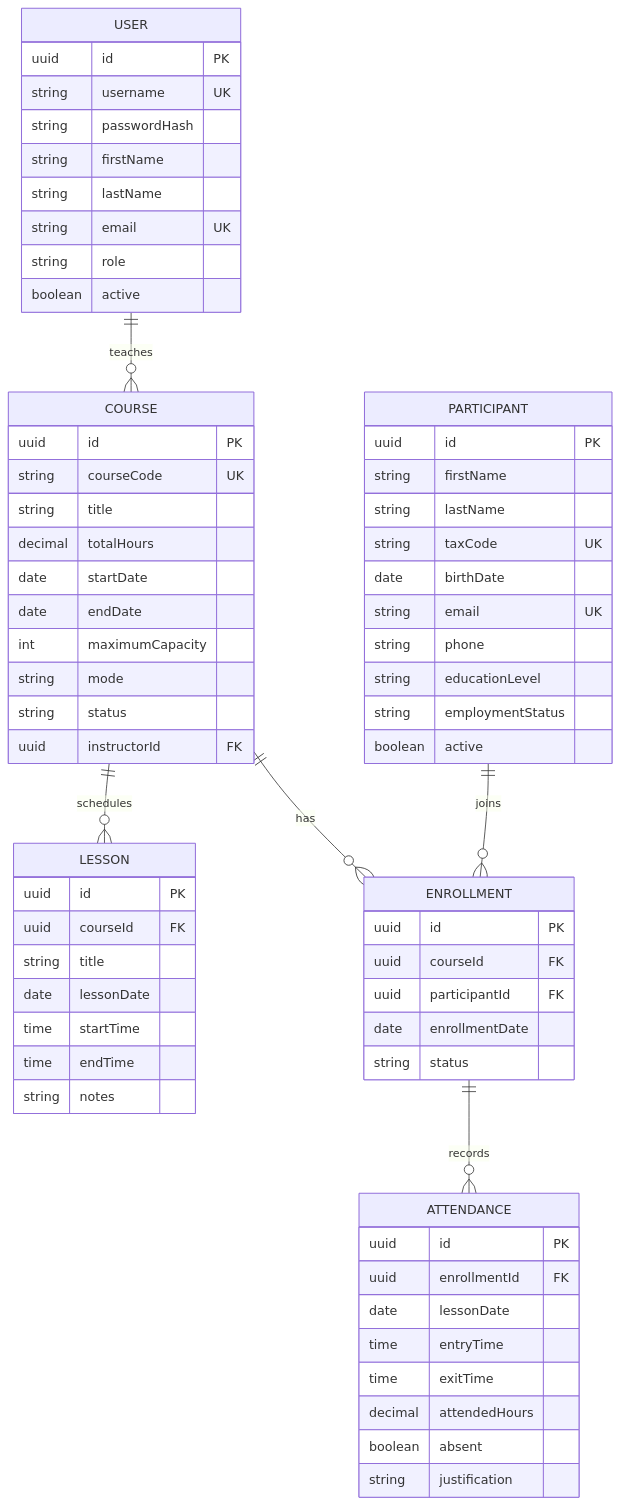
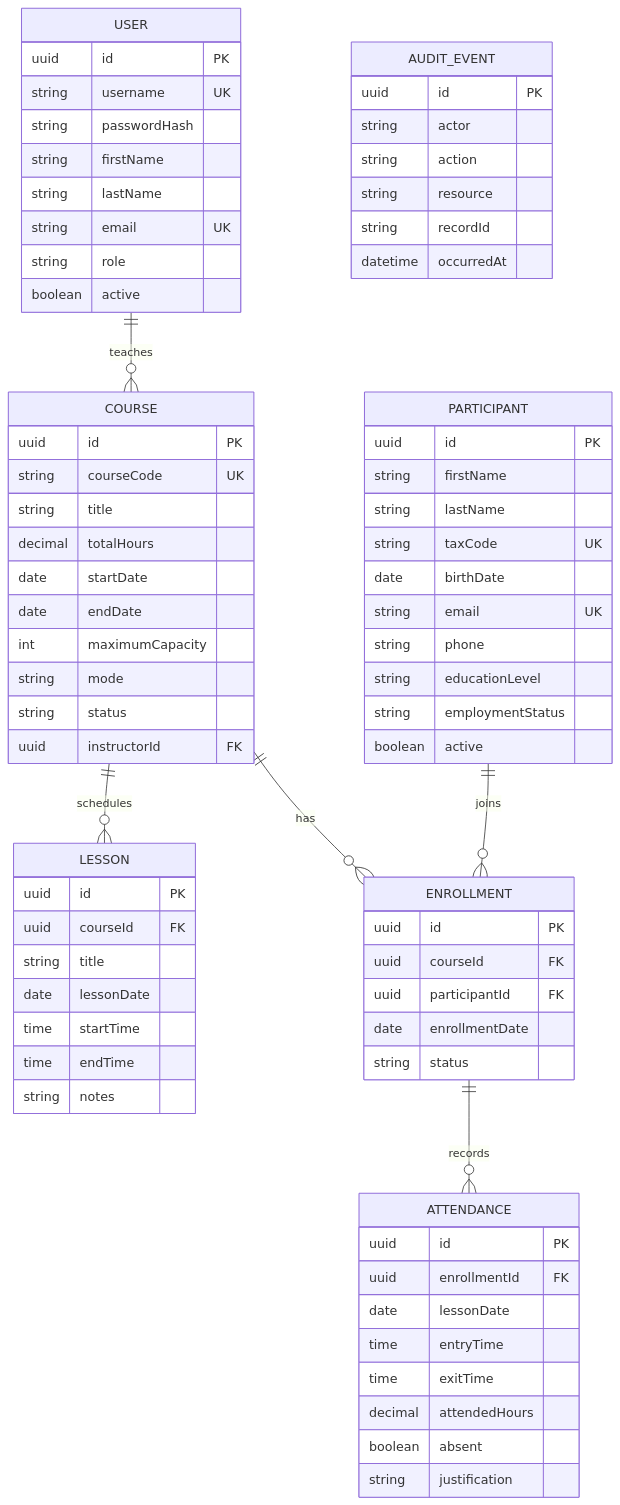
Before and after one commit to Mor33mila/traininghub: the diagram in docs/data-model.md, drawn with Mermaid. The commit also changed other lines of this file and 17 other files, not shown here.

````diff
--- a/docs/data-model.md
+++ b/docs/data-model.md
@@ -5,68 +5,76 @@
 ```mermaid
 erDiagram
     USER ||--o{ COURSE : teaches
     COURSE ||--o{ LESSON : schedules
     COURSE ||--o{ ENROLLMENT : has
     PARTICIPANT ||--o{ ENROLLMENT : joins
     ENROLLMENT ||--o{ ATTENDANCE : records
     USER {
         uuid id PK
         string username UK
         string passwordHash
         string firstName
         string lastName
         string email UK
         string role
         boolean active
     }
     COURSE {
         uuid id PK
         string courseCode UK
         string title
         decimal totalHours
         date startDate
         date endDate
         int maximumCapacity
         string mode
         string status
         uuid instructorId FK
     }
     LESSON {
         uuid id PK
         uuid courseId FK
         string title
         date lessonDate
         time startTime
         time endTime
         string notes
     }
     PARTICIPANT {
         uuid id PK
         string firstName
         string lastName
         string taxCode UK
         date birthDate
         string email UK
         string phone
         string educationLevel
         string employmentStatus
         boolean active
     }
     ENROLLMENT {
         uuid id PK
         uuid courseId FK
         uuid participantId FK
         date enrollmentDate
         string status
     }
     ATTENDANCE {
         uuid id PK
         uuid enrollmentId FK
         date lessonDate
         time entryTime
         time exitTime
         decimal attendedHours
         boolean absent
         string justification
     }
+    AUDIT_EVENT {
+        uuid id PK
+        string actor
+        string action
+        string resource
+        string recordId
+        datetime occurredAt
+    }
 ```
````
